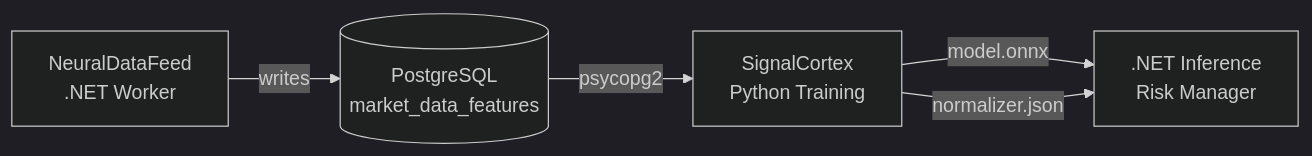
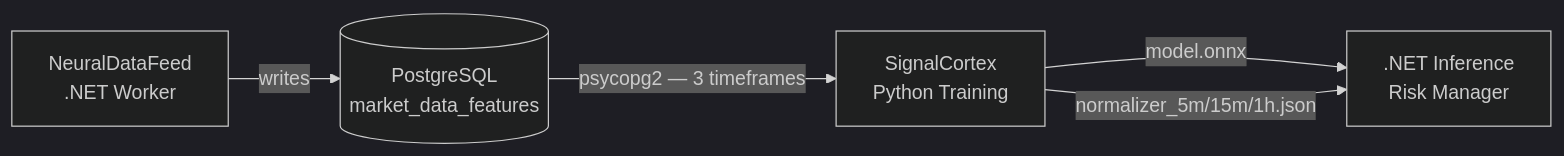
The first of 3 diagrams in README.md (VitorAndTxr/Omnitech.SignalCortex), drawn with Mermaid (dark theme) before and after one commit. The commit also changed other lines of this file and 29 other files, not shown here.

First line of the commit message:
Refactor model architecture to support multi-scale inputs

````diff
--- a/README.md
+++ b/README.md
@@ -9,7 +9,7 @@
 ```mermaid
 graph LR
-    DB[(PostgreSQL\nmarket_data_features)] -->|psycopg2| SC[SignalCortex\nPython Training]
+    DB[(PostgreSQL\nmarket_data_features)] -->|psycopg2 — 3 timeframes| SC[SignalCortex\nPython Training]
     SC -->|model.onnx| NET[.NET Inference\nRisk Manager]
-    SC -->|normalizer.json| NET
+    SC -->|normalizer_5m/15m/1h.json| NET
     NDF[NeuralDataFeed\n.NET Worker] -->|writes| DB
 ```
````
